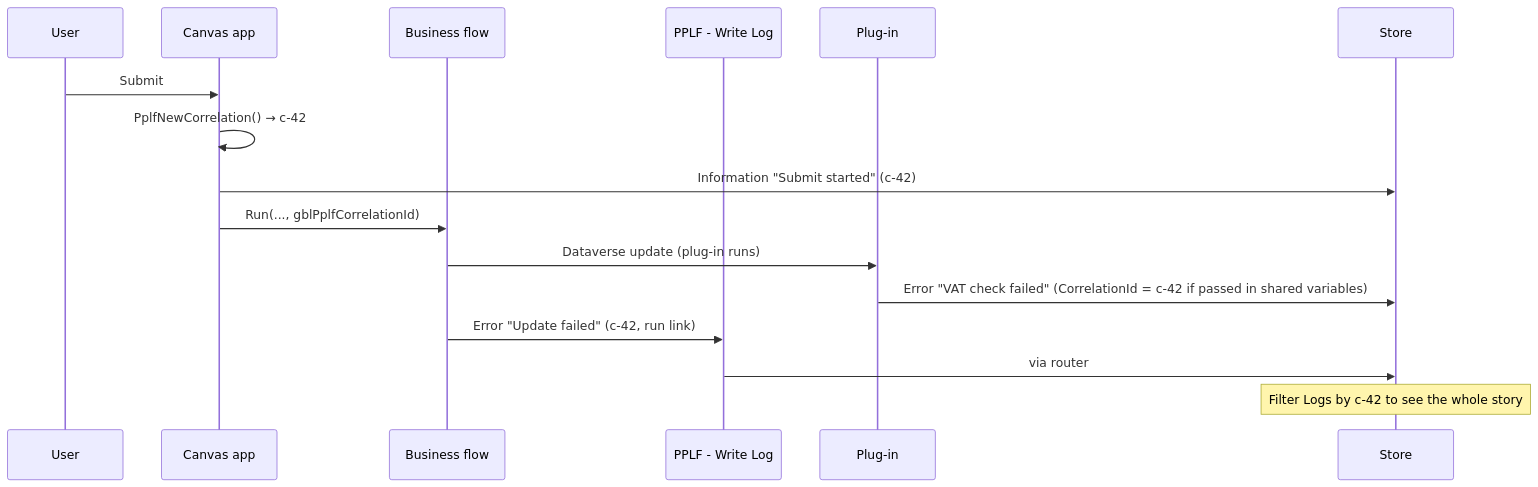
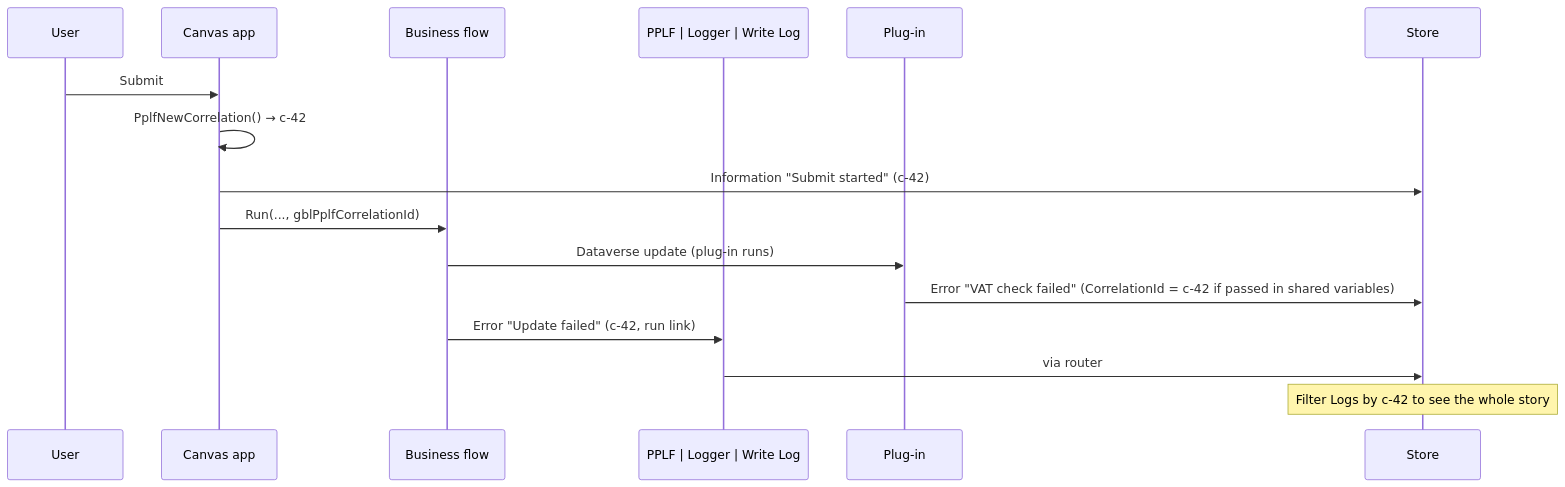
One commit to manjugundala/PPLF changed the third of 5 diagrams in docs/architecture.md. Above: the diagram before and after it, drawn with Mermaid. The commit also changed 49 other files, not shown here.

````diff
--- a/docs/architecture.md
+++ b/docs/architecture.md
@@ -107,19 +107,19 @@
 ```mermaid
 sequenceDiagram
   participant U as User
   participant A as Canvas app
   participant F as Business flow
-  participant W as PPLF - Write Log
+  participant W as PPLF | Logger | Write Log
   participant P as Plug-in
   participant S as Store
 
   U->>A: Submit
   A->>A: PplfNewCorrelation() → c-42
   A->>S: Information "Submit started" (c-42)
   A->>F: Run(..., gblPplfCorrelationId)
   F->>P: Dataverse update (plug-in runs)
   P->>S: Error "VAT check failed" (CorrelationId = c-42 if passed in shared variables)
   F->>W: Error "Update failed" (c-42, run link)
   W->>S: via router
   note over S: Filter Logs by c-42 to see the whole story
 ```
````
